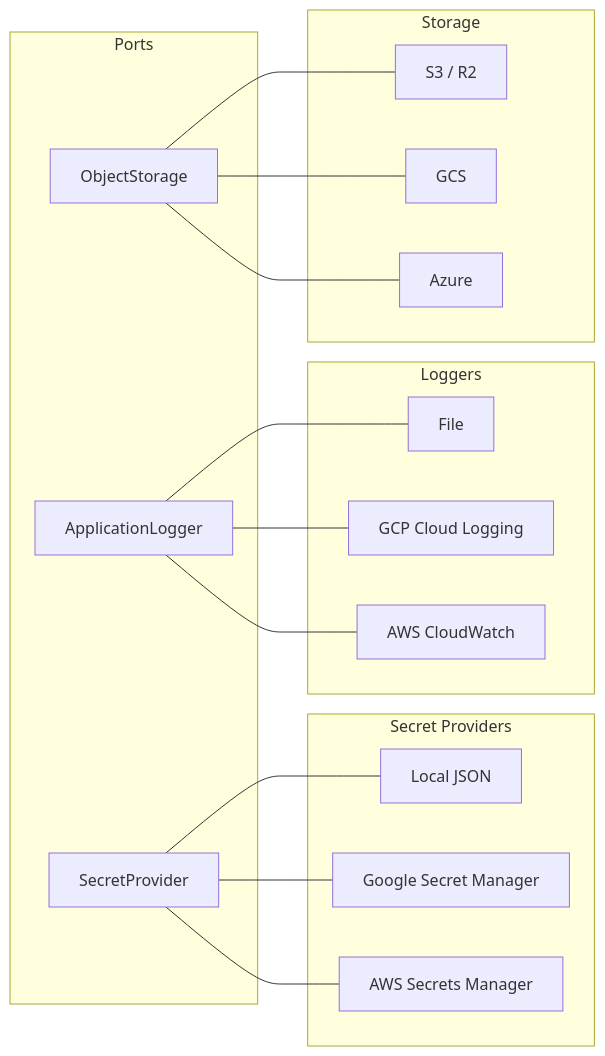
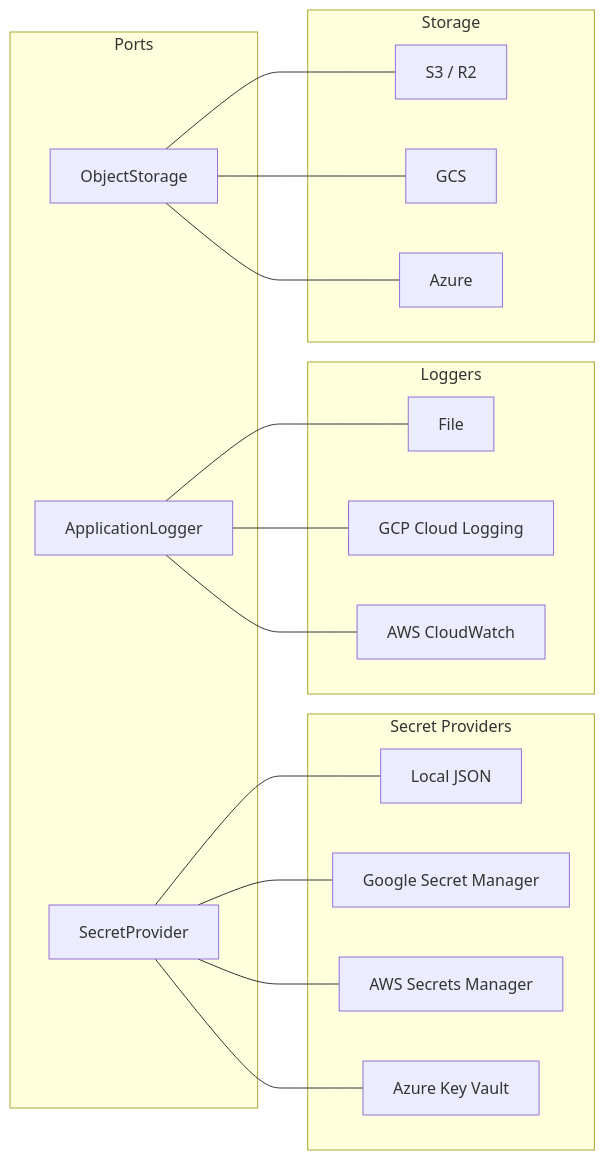
One commit to nauticana/keel changed the second of 12 diagrams in README.md. Above: the diagram before and after it, drawn with Mermaid. The commit also changed other lines of this file and 5 other files, not shown here.

Commit message:
v0.8.6 Azure Vault

````diff
--- a/README.md
+++ b/README.md
@@ -1327,36 +1327,38 @@
 ```mermaid
 graph LR
     subgraph Ports
         SP[SecretProvider]
         LOG[ApplicationLogger]
         STORE[ObjectStorage]
     end
 
     subgraph "Secret Providers"
         SL[Local JSON]
         SG[Google Secret Manager]
         SA[AWS Secrets Manager]
+        SAZ[Azure Key Vault]
     end
 
     subgraph Loggers
         LF[File]
         LG[GCP Cloud Logging]
         LA[AWS CloudWatch]
     end
 
     subgraph Storage
         S3[S3 / R2]
         GCS
         Azure
     end
 
     SP --- SL
     SP --- SG
     SP --- SA
+    SP --- SAZ
     LOG --- LF
     LOG --- LG
     LOG --- LA
     STORE --- S3
     STORE --- GCS
     STORE --- Azure
 ```
````
